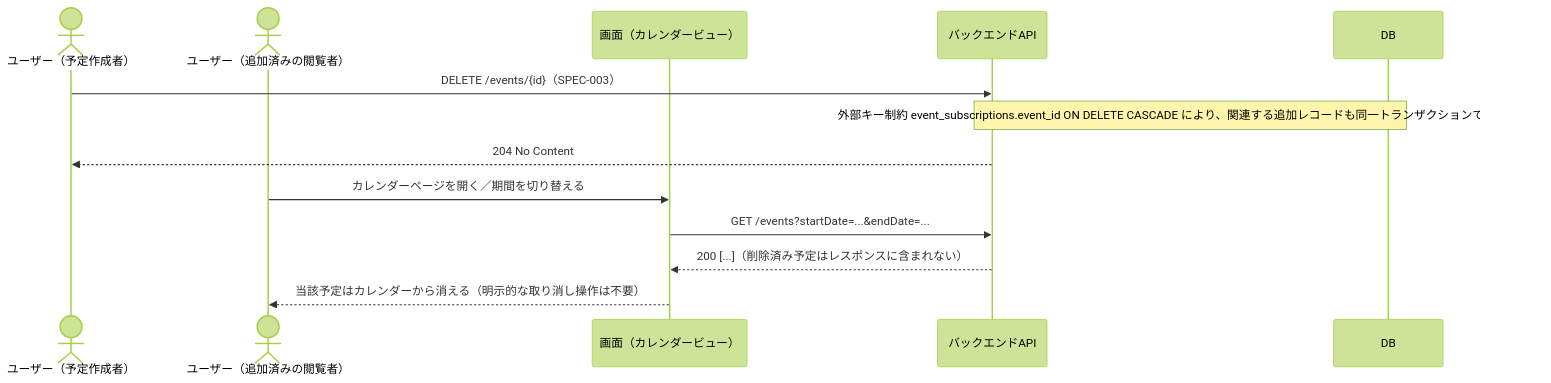
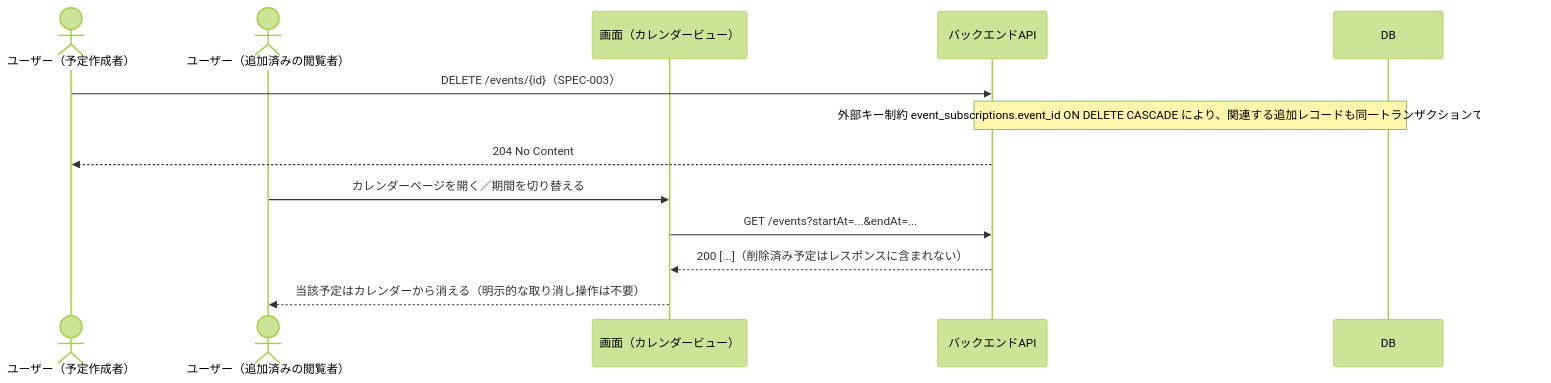
The sixth of 6 diagrams in docs/spec/SPEC-004-event-sharing.md (Haya372/ai-trial), drawn with Mermaid (forest theme) before and after one commit. The commit also changed other lines of this file and 1 other file, not shown here.

Commit message:
docs: Update GET /events query to UTC datetime range in SPEC-002

````diff
--- a/docs/spec/SPEC-004-event-sharing.md
+++ b/docs/spec/SPEC-004-event-sharing.md
@@ -354,16 +354,16 @@
 ```mermaid
 sequenceDiagram
     actor Owner as ユーザー（予定作成者）
     actor Subscriber as ユーザー（追加済みの閲覧者）
     participant UI as 画面（カレンダービュー）
     participant API as バックエンドAPI
     participant DB as DB
 
     Owner->>API: DELETE /events/{id}（SPEC-003）
     Note over API,DB: 外部キー制約 event_subscriptions.event_id ON DELETE CASCADE により、関連する追加レコードも同一トランザクションで削除される
     API-->>Owner: 204 No Content
     Subscriber->>UI: カレンダーページを開く／期間を切り替える
-    UI->>API: GET /events?startDate=...&endDate=...
+    UI->>API: GET /events?startAt=...&endAt=...
     API-->>UI: 200 [...]（削除済み予定はレスポンスに含まれない）
     UI-->>Subscriber: 当該予定はカレンダーから消える（明示的な取り消し操作は不要）
 ```
````
